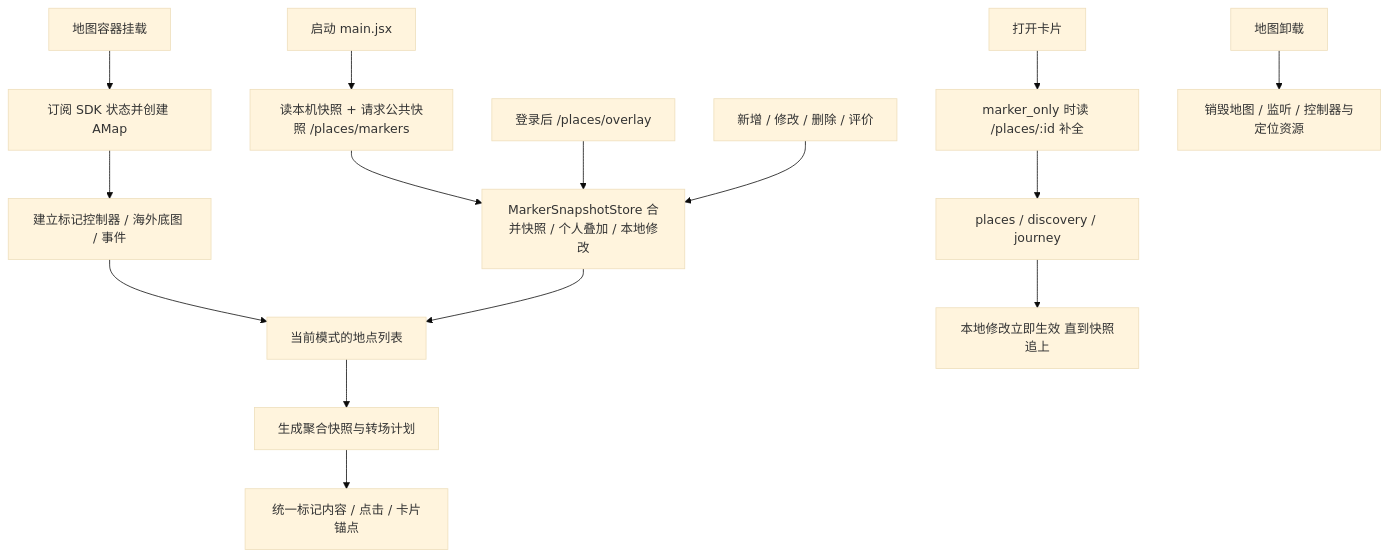
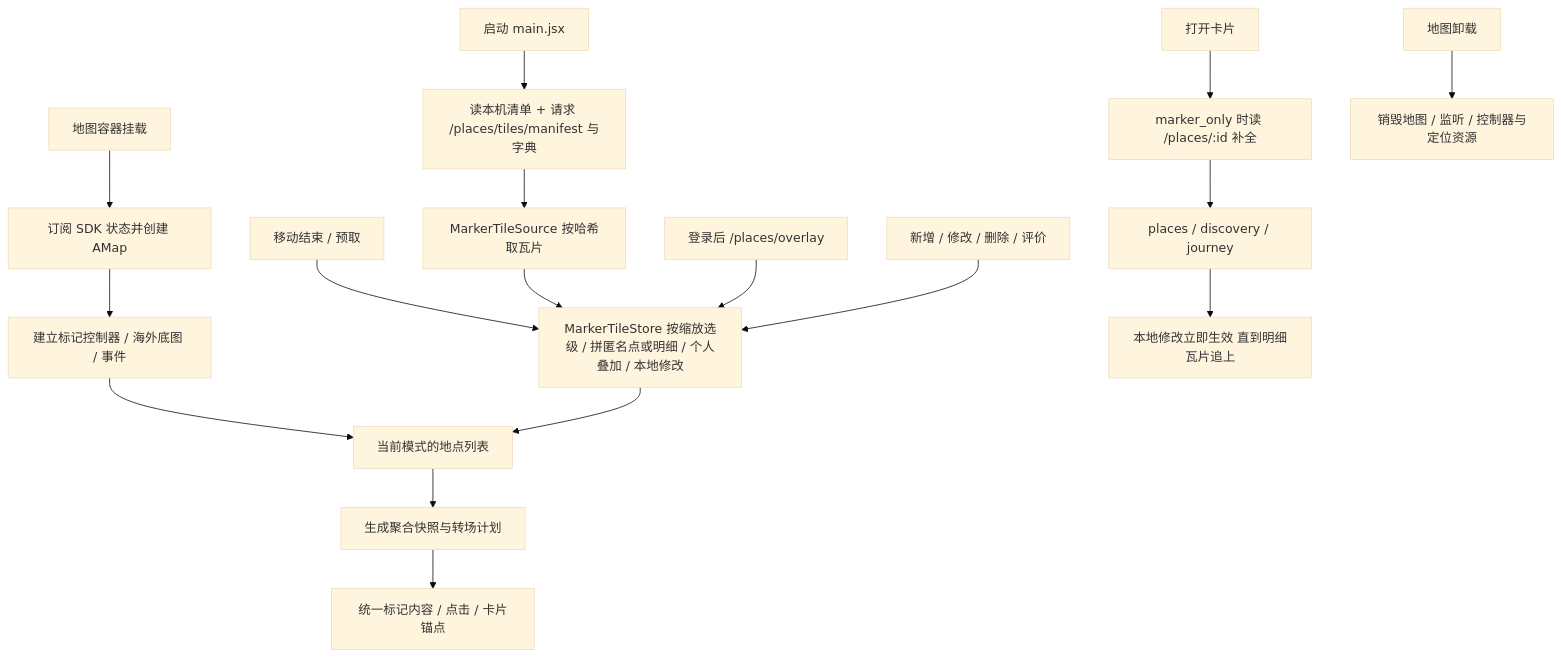
The diagram in frontend/src/map/doc/README.md (DinnerpartyFoodMap/dinnerparty_community), drawn with Mermaid (base theme) before and after one commit. The commit also changed other lines of this file and 56 other files, not shown here.

````diff
--- a/frontend/src/map/doc/README.md
+++ b/frontend/src/map/doc/README.md
@@ -31,17 +38,19 @@
 ```mermaid
 flowchart TD
     Mount[地图容器挂载] --> SDK[订阅 SDK 状态并创建 AMap]
     SDK --> Setup[建立标记控制器 / 海外底图 / 事件]
-    Boot[启动 main.jsx] --> Snapshot[读本机快照 + 请求公共快照 /places/markers]
-    Snapshot --> Store[MarkerSnapshotStore 合并快照 / 个人叠加 / 本地修改]
+    Boot[启动 main.jsx] --> Manifest[读本机清单 + 请求 /places/tiles/manifest 与字典]
+    Manifest --> Source[MarkerTileSource 按哈希取瓦片]
+    View[移动结束 / 预取] --> Store[MarkerTileStore 按缩放选级 / 拼匿名点或明细 / 个人叠加 / 本地修改]
+    Source --> Store
     Overlay[登录后 /places/overlay] --> Store
     Local[新增 / 修改 / 删除 / 评价] --> Store
     Setup --> Render[当前模式的地点列表]
     Store --> Render
     Render --> Cluster[生成聚合快照与转场计划]
     Cluster --> Markers[统一标记内容 / 点击 / 卡片锚点]
     Select[打开卡片] --> Detail[marker_only 时读 /places/:id 补全]
     Detail --> Business[places / discovery / journey]
-    Business --> Patch[本地修改立即生效 直到快照追上]
+    Business --> Patch[本地修改立即生效 直到明细瓦片追上]
     Leave[地图卸载] --> Cleanup[销毁地图 / 监听 / 控制器与定位资源]
 ```
````
